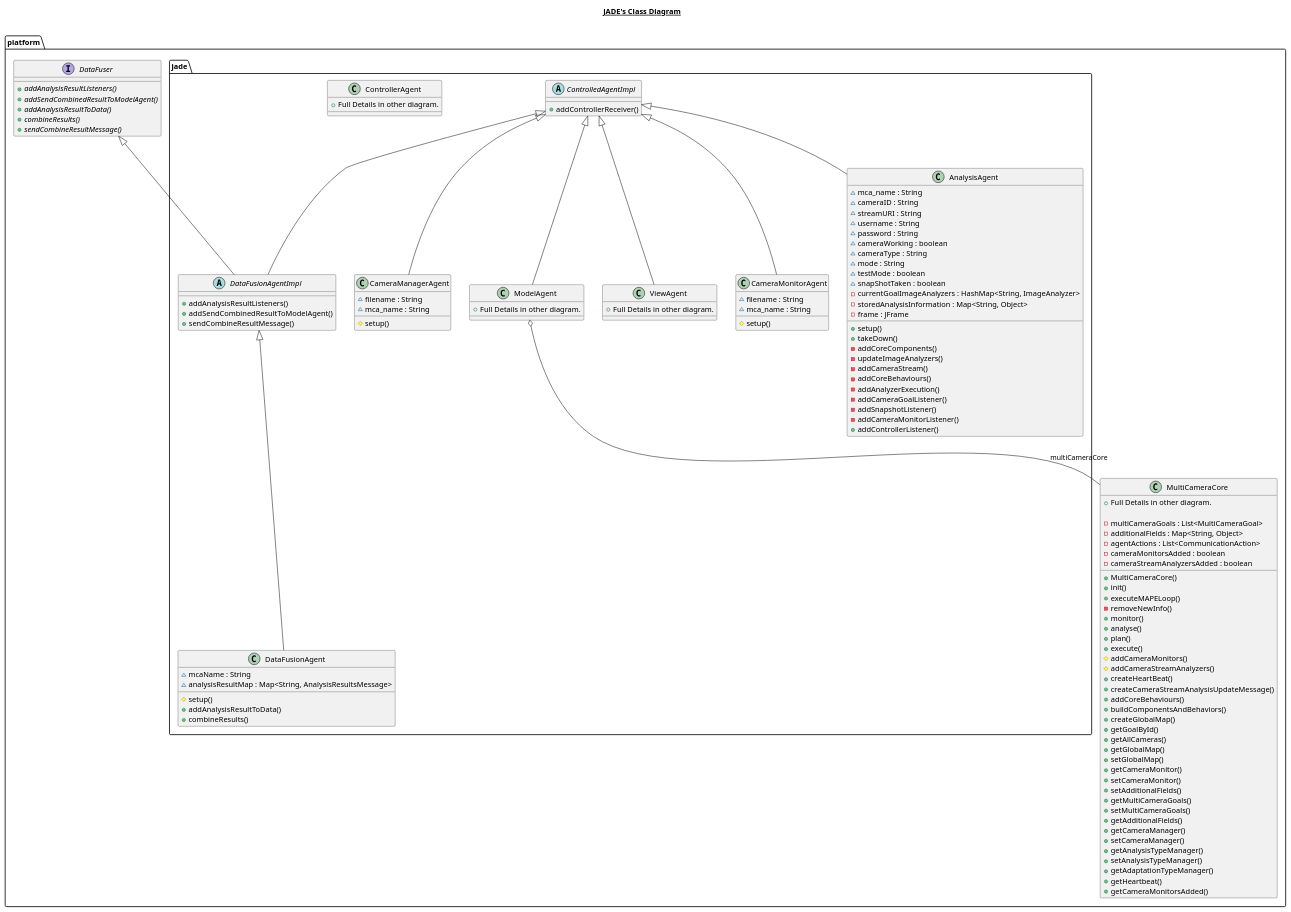
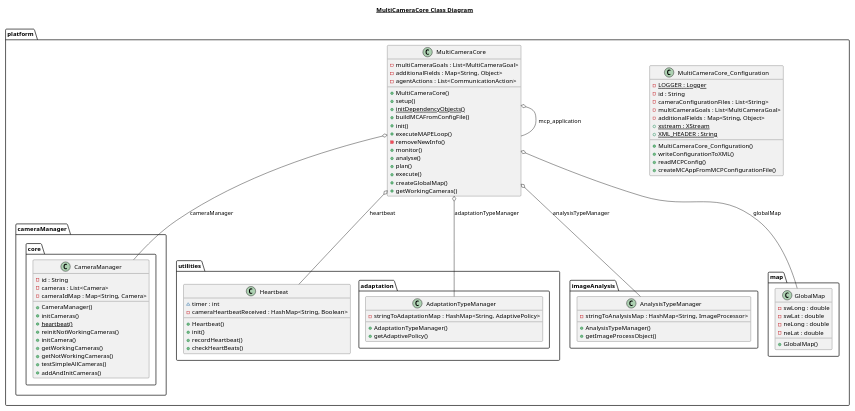
Before and after one commit to TasMarshall/multiCameraApplicationPlatform: the diagram in src/main/java/platform/jade/custome.plantuml, drawn with PlantUML. The commit also changed 232 other files, not shown here.

```diff
--- a/src/main/java/platform/jade/custome.plantuml
+++ b/src/main/java/platform/jade/custome.plantuml
@@ -1,181 +1,119 @@
 @startuml
 
-title __JADE's Class Diagram__\n
+scale 1024 width
+scale 768 height
 
-           package platform {
-               class MultiCameraCore {
-                   + Full Details in other diagram.
+title __MultiCameraCore Class Diagram__\n
+package platform {
+    class MultiCameraCore_Configuration {
+        {static} - LOGGER : Logger
+        - id : String
+        - cameraConfigurationFiles : List<String>
+        - multiCameraGoals : List<MultiCameraGoal>
+        - additionalFields : Map<String, Object>
+        {static} + xstream : XStream
+        {static} + XML_HEADER : String
+        + MultiCameraCore_Configuration()
+        + writeConfigurationToXML()
+        + readMCPConfig()
+        + createMCAppFromMCPConfigurationFile()
+    }
+  }
 
-                   - multiCameraGoals : List<MultiCameraGoal>
-                   - additionalFields : Map<String, Object>
-                   - agentActions : List<CommunicationAction>
-                   - cameraMonitorsAdded : boolean
-                   - cameraStreamAnalyzersAdded : boolean
-                   + MultiCameraCore()
-                   + init()
-                   + executeMAPELoop()
-                   - removeNewInfo()
-                   + monitor()
-                   + analyse()
-                   + plan()
-                   + execute()
-                   # addCameraMonitors()
-                   # addCameraStreamAnalyzers()
-                   + createHeartBeat()
-                   + createCameraStreamAnalysisUpdateMessage()
-                   + addCoreBehaviours()
-                   + buildComponentsAndBehaviors()
-                   + createGlobalMap()
-                   + getGoalById()
-                   + getAllCameras()
-                   + getGlobalMap()
-                   + setGlobalMap()
-                   + getCameraMonitor()
-                   + setCameraMonitor()
-                   + setAdditionalFields()
-                   + getMultiCameraGoals()
-                   + setMultiCameraGoals()
-                   + getAdditionalFields()
-                   + getCameraManager()
-                   + setCameraManager()
-                   + getAnalysisTypeManager()
-                   + setAnalysisTypeManager()
-                   + getAdaptationTypeManager()
-                   + getHeartbeat()
-                   + getCameraMonitorsAdded()
-               }
-             }
-
-             package platform {
-                 package platform.jade {
-                   class CameraManagerAgent {
-                       ~ filename : String
-                       ~ mca_name : String
-                       # setup()
-                   }
-                 }
-               }
-
-     package platform {
-        package platform.jade {
-          class ControllerAgent {
-            + Full Details in other diagram.
-          }
-        }
-      }
-
-     package platform {
-        package platform.jade {
-          class ModelAgent {
-            + Full Details in other diagram.
-          }
-        }
-      }
-
-    package platform {
-      package platform.jade {
-        class ViewAgent {
-            + Full Details in other diagram.
+  package platform {
+      package platform.cameraManager.core {
+        class CameraManager {
+            - id : String
+            - cameras : List<Camera>
+            - cameraIdMap : Map<String, Camera>
+            + CameraManager()
+            + initCameras()
+            {static} + heartbeat()
+            + reinitNotWorkingCameras()
+            + initCamera()
+            + getWorkingCameras()
+            + getNotWorkingCameras()
+            + testSimpleAllCameras()
+            + addAndInitCameras()
         }
       }
     }
 
-      package platform {
-        package platform.jade {
-          class DataFusionAgent {
-              ~ mcaName : String
-              ~ analysisResultMap : Map<String, AnalysisResultsMessage>
-              # setup()
-              + addAnalysisResultToData()
-              + combineResults()
-          }
-        }
-      }
 
-        package platform {
-          package platform.jade {
-            abstract class DataFusionAgentImpl {
-                + addAnalysisResultListeners()
-                + addSendCombinedResultToModelAgent()
-                + sendCombineResultMessage()
-            }
-          }
-        }
+              package platform {
+                 class MultiCameraCore {
+                     - multiCameraGoals : List<MultiCameraGoal>
+                     - additionalFields : Map<String, Object>
+                     - agentActions : List<CommunicationAction>
 
+                     + MultiCameraCore()
+                     + setup()
+                     {static} + initDependencyObjects()
+                     + buildMCAFromConfigFile()
+                     + init()
+                     + executeMAPELoop()
+                     - removeNewInfo()
+                     + monitor()
+                     + analyse()
+                     + plan()
+                     + execute()
+                     + createGlobalMap()
+                     + getWorkingCameras()
+                 }
+               }
 
-     package platform {
-        interface DataFuser {
-            {abstract} + addAnalysisResultListeners()
-            {abstract} + addSendCombinedResultToModelAgent()
-            {abstract} + addAnalysisResultToData()
-            {abstract} + combineResults()
-            {abstract} + sendCombineResultMessage()
-        }
-      }
+              package platform {
+                package platform.utilities {
+                  package platform.utilities.adaptation {
+                    class AdaptationTypeManager {
+                        - stringToAdaptationMap : HashMap<String, AdaptivePolicy>
+                        + AdaptationTypeManager()
+                        + getAdaptivePolicy()
+                    }
+                  }
+                }
+              }
 
-       package platform {
-          package platform.jade {
-            abstract class ControlledAgentImpl {
-                + addControllerReceiver()
-            }
-          }
-        }
+              package platform {
+                  package platform.imageAnalysis {
+                    class AnalysisTypeManager {
+                        - stringToAnalysisMap : HashMap<String, ImageProcessor>
+                        + AnalysisTypeManager()
+                        + getImageProcessObject()
+                    }
+                  }
+                }
 
-  package platform {
-    package platform.jade {
-      class CameraMonitorAgent {
-          ~ filename : String
-          ~ mca_name : String
-          # setup()
-      }
-    }
-  }
+                package platform {
+                    package platform.map {
+                      class GlobalMap {
+                          - swLong : double
+                          - swLat : double
+                          - neLong : double
+                          - neLat : double
+                          + GlobalMap()
+                      }
+                    }
+                  }
 
-        package platform {
-          package platform.jade {
-            class AnalysisAgent {
-                ~ mca_name : String
-                ~ cameraID : String
-                ~ streamURI : String
-                ~ username : String
-                ~ password : String
-                ~ cameraWorking : boolean
-                ~ cameraType : String
-                ~ mode : String
-                ~ testMode : boolean
-                ~ snapShotTaken : boolean
-                - currentGoalImageAnalyzers : HashMap<String, ImageAnalyzer>
-                - storedAnalysisInformation : Map<String, Object>
-                - frame : JFrame
-                + setup()
-                + takeDown()
-                - addCoreComponents()
-                - updateImageAnalyzers()
-                - addCameraStream()
-                - addCoreBehaviours()
-                - addAnalyzerExecution()
-                - addCameraGoalListener()
-                - addSnapshotListener()
-                - addCameraMonitorListener()
-                + addControllerListener()
-            }
-          }
-        }
+                  package platform {
+                      package platform.utilities {
+                        class Heartbeat {
+                            ~ timer : int
+                            - cameraHeartbeatReceived : HashMap<String, Boolean>
+                            + Heartbeat()
+                            + init()
+                            + recordHeartbeat()
+                            + checkHeartBeats()
+                        }
+                      }
+                    }
 
-
-  ModelAgent o-- MultiCameraCore : multiCameraCore
-
-  ViewAgent -up-|> ControlledAgentImpl
-  ModelAgent -up-|> ControlledAgentImpl
-
-  DataFusionAgent -up-|> DataFusionAgentImpl
-
-  DataFusionAgentImpl -up-|> DataFuser
-  DataFusionAgentImpl -up-|> ControlledAgentImpl
-
-  AnalysisAgent -up-|> ControlledAgentImpl
-
-  CameraMonitorAgent -up-|> ControlledAgentImpl
-  CameraManagerAgent -up-|> ControlledAgentImpl
+  MultiCameraCore o-- MultiCameraCore : mcp_application
+    MultiCameraCore o-- CameraManager : cameraManager
+    MultiCameraCore o-- AnalysisTypeManager : analysisTypeManager
+    MultiCameraCore o-- AdaptationTypeManager : adaptationTypeManager
+    MultiCameraCore o-- GlobalMap : globalMap
+    MultiCameraCore o-- Heartbeat : heartbeat
 
 @enduml
```
